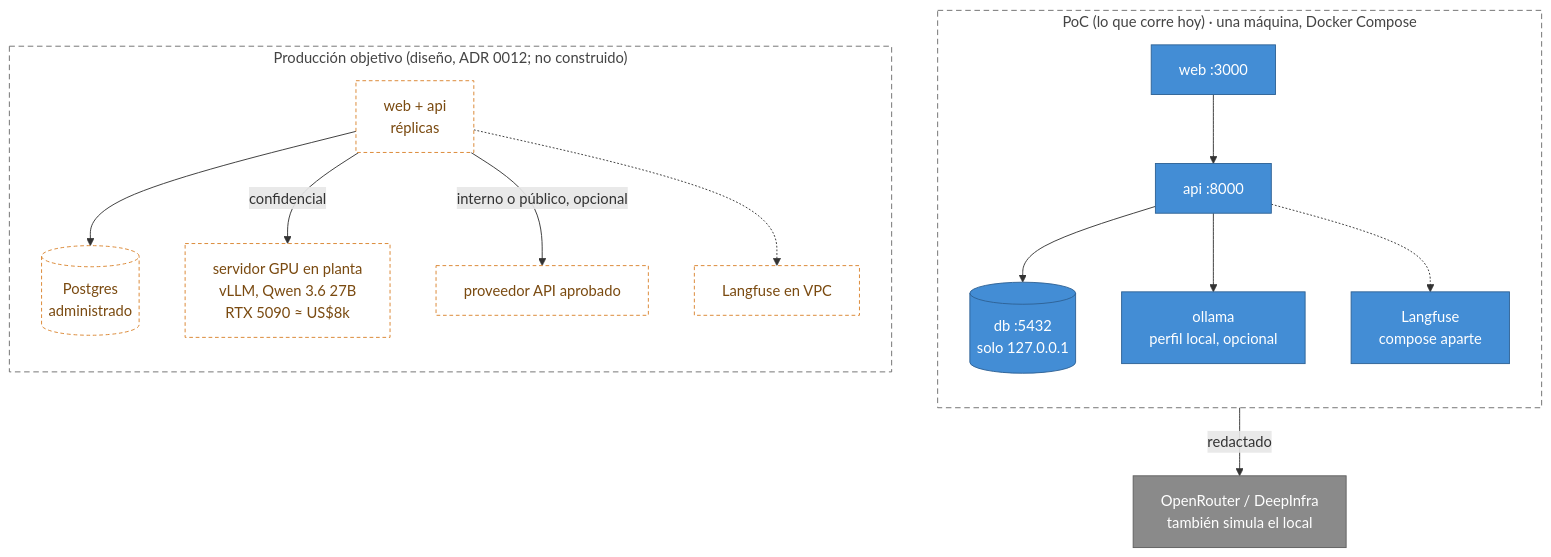
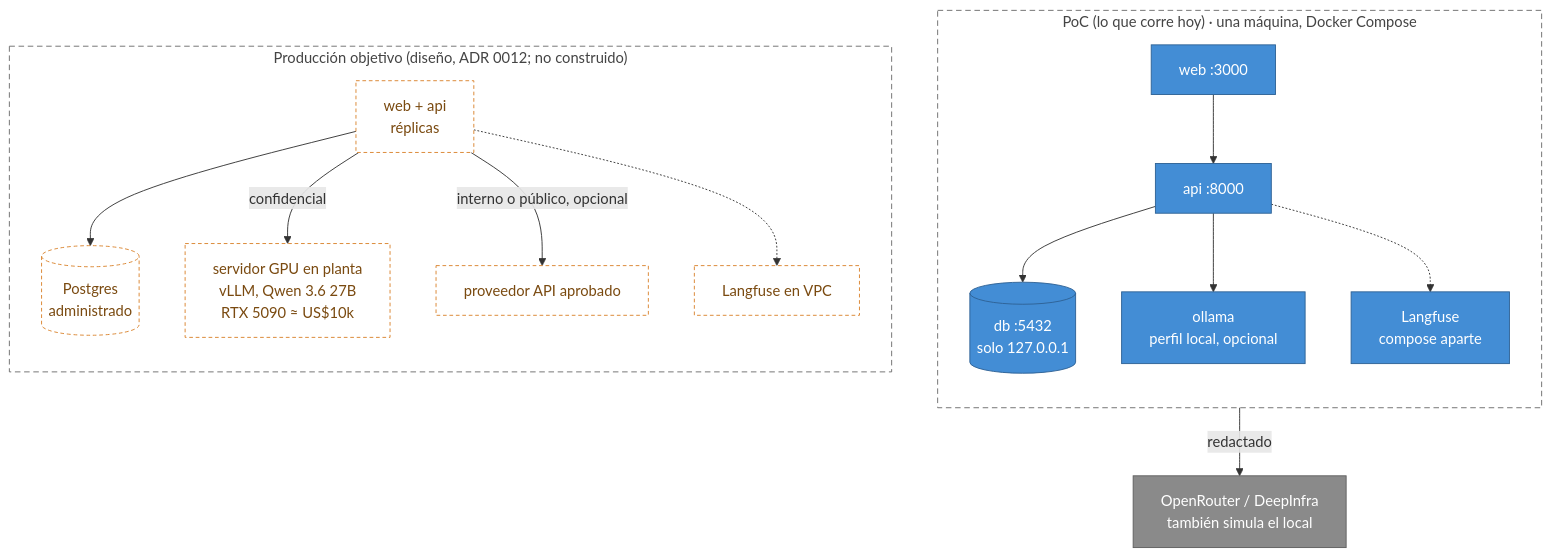
Before and after one commit to Grufty295/quality-root-cause-copilot: the third of 6 diagrams in docs/arquitectura/diagramas.md, drawn with Mermaid. The commit also changed 10 other files, not shown here.

````diff
--- a/docs/arquitectura/diagramas.md
+++ b/docs/arquitectura/diagramas.md
@@ -49,26 +49,26 @@
 ```mermaid
 flowchart TB
     classDef c fill:#438dd5,stroke:#2e6295,color:#fff
     classDef ext fill:#8a8a8a,stroke:#5f5f5f,color:#fff
     classDef disen fill:#fff,stroke:#d9822b,color:#7a4a10,stroke-dasharray:4 3
     classDef boundary fill:none,stroke:#6b6b6b,stroke-dasharray:6 4,color:#444
 
     subgraph poc["PoC (lo que corre hoy) · una máquina, Docker Compose"]
         direction TB
         web["web :3000"]:::c --> api["api :8000"]:::c
         api --> db[("db :5432<br/>solo 127.0.0.1")]:::c
         api --> ol["ollama<br/>perfil local, opcional"]:::c
         api -.-> lfp["Langfuse<br/>compose aparte"]:::c
     end
     api -->|"redactado"| or["OpenRouter / DeepInfra<br/>también simula el local"]:::ext
 
     subgraph prod["Producción objetivo (diseño, ADR 0012; no construido)"]
         direction TB
         app["web + api<br/>réplicas"]:::disen --> pg[("Postgres<br/>administrado")]:::disen
-        app -->|"confidencial"| gpu["servidor GPU en planta<br/>vLLM, Qwen 3.6 27B<br/>RTX 5090 ≈ US$8k"]:::disen
+        app -->|"confidencial"| gpu["servidor GPU en planta<br/>vLLM, Qwen 3.6 27B<br/>RTX 5090 ≈ US$10k"]:::disen
         app -->|"interno o público, opcional"| ap2["proveedor API aprobado"]:::disen
         app -.-> lf2["Langfuse en VPC"]:::disen
     end
 
     class poc,prod boundary
 ```
````
